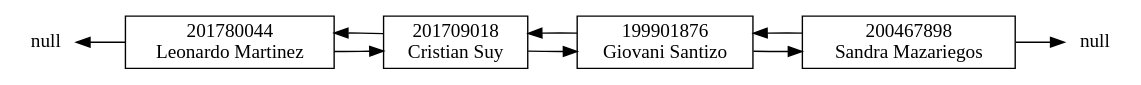
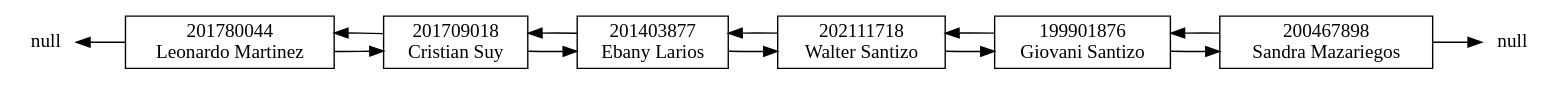
One commit to walterjav19/EDD_1S2023_PY_202111718 changed the diagram in EDD_Proyecto1_Fase1/Grafics/Lista.dot. Above: the diagram before and after it, drawn with Graphviz. The commit also changed 7 other files, not shown here.

```diff
--- a/EDD_Proyecto1_Fase1/Grafics/Lista.dot
+++ b/EDD_Proyecto1_Fase1/Grafics/Lista.dot
@@ -1,18 +1,24 @@
 digraph LinkedList {
 	rankdir=LR;
 	node [shape=record];
 	nullI [shape=none, label="null", style=bold, height=0, width=0];
 	nullF [shape=none, label="null", style=bold, height=0, width=0];
 	a201780044[label="201780044\nLeonardo Martinez"]
 	a201780044->a201709018
 	nullI->a201780044[dir=back]
 			a201709018[label="201709018\nCristian Suy"]
-	a201709018->a199901876
+	a201709018->a201403877
 	a201709018->a201780044
+	a201403877[label="201403877\nEbany Larios"]
+	a201403877->a202111718
+	a201403877->a201709018
+	a202111718[label="202111718\nWalter Santizo"]
+	a202111718->a199901876
+	a202111718->a201403877
 	a199901876[label="199901876\nGiovani Santizo"]
 	a199901876->a200467898
-	a199901876->a201709018
+	a199901876->a202111718
 	a200467898[label="200467898\nSandra Mazariegos"]
 	a200467898->a199901876
 	a200467898->nullF
 			}
```
